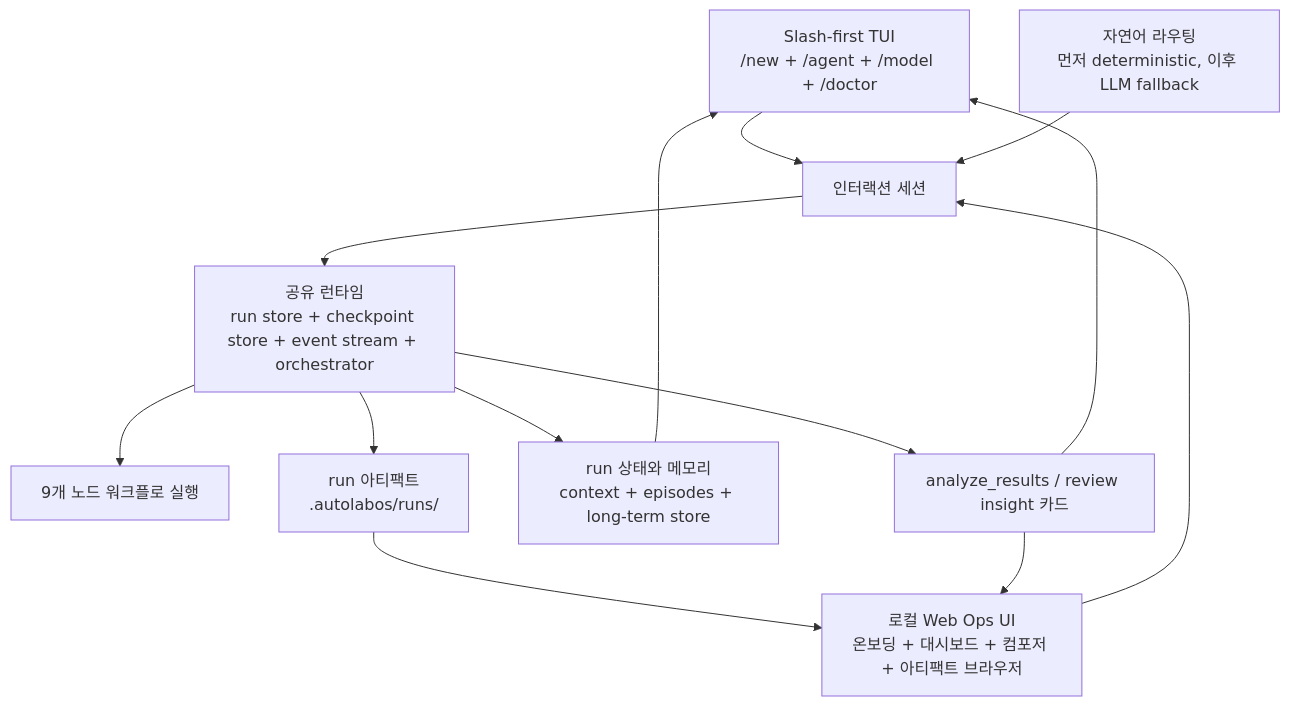
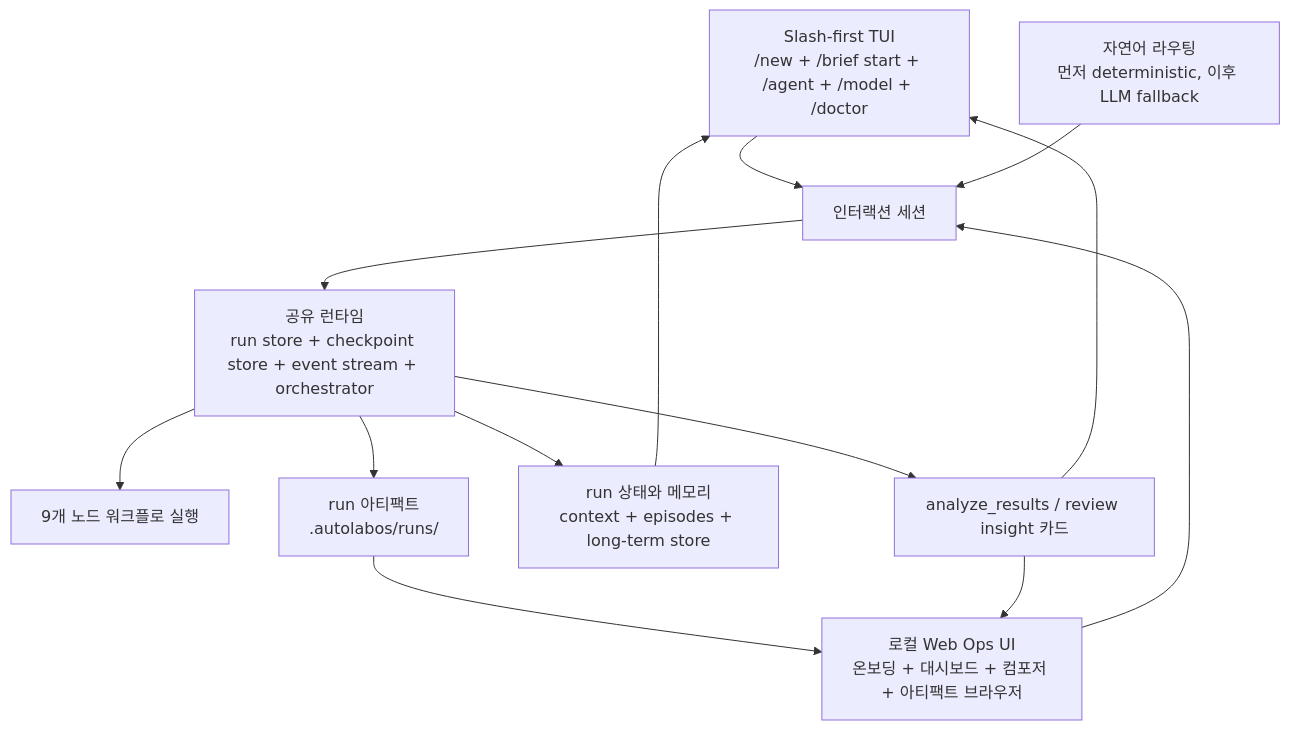
The eighth of 10 diagrams in README.ko.md (lhy0718/AutoResearch), drawn with Mermaid before and after one commit. The commit also changed other lines of this file and 27 other files, not shown here.

````diff
--- a/README.ko.md
+++ b/README.ko.md
@@ -454,17 +468,17 @@
 ```mermaid
 flowchart TB
-    TUI["Slash-first TUI<br/>/new + /agent + /model + /doctor"] --> Session["인터랙션 세션"]
+    TUI["Slash-first TUI<br/>/new + /brief start + /agent + /model + /doctor"] --> Session["인터랙션 세션"]
     Web["로컬 Web Ops UI<br/>온보딩 + 대시보드 + 컴포저 + 아티팩트 브라우저"] --> Session
     Natural["자연어 라우팅<br/>먼저 deterministic, 이후 LLM fallback"] --> Session
 
     Session --> Runtime["공유 런타임<br/>run store + checkpoint store + event stream + orchestrator"]
     Runtime --> Nodes["9개 노드 워크플로 실행"]
     Runtime --> Artifacts["run 아티팩트<br/>.autolabos/runs/<run_id>"]
     Runtime --> State["run 상태와 메모리<br/>context + episodes + long-term store"]
     Runtime --> Insight["analyze_results / review insight 카드"]
 
     Artifacts --> Web
     State --> TUI
     Insight --> TUI
     Insight --> Web
 ```
````
